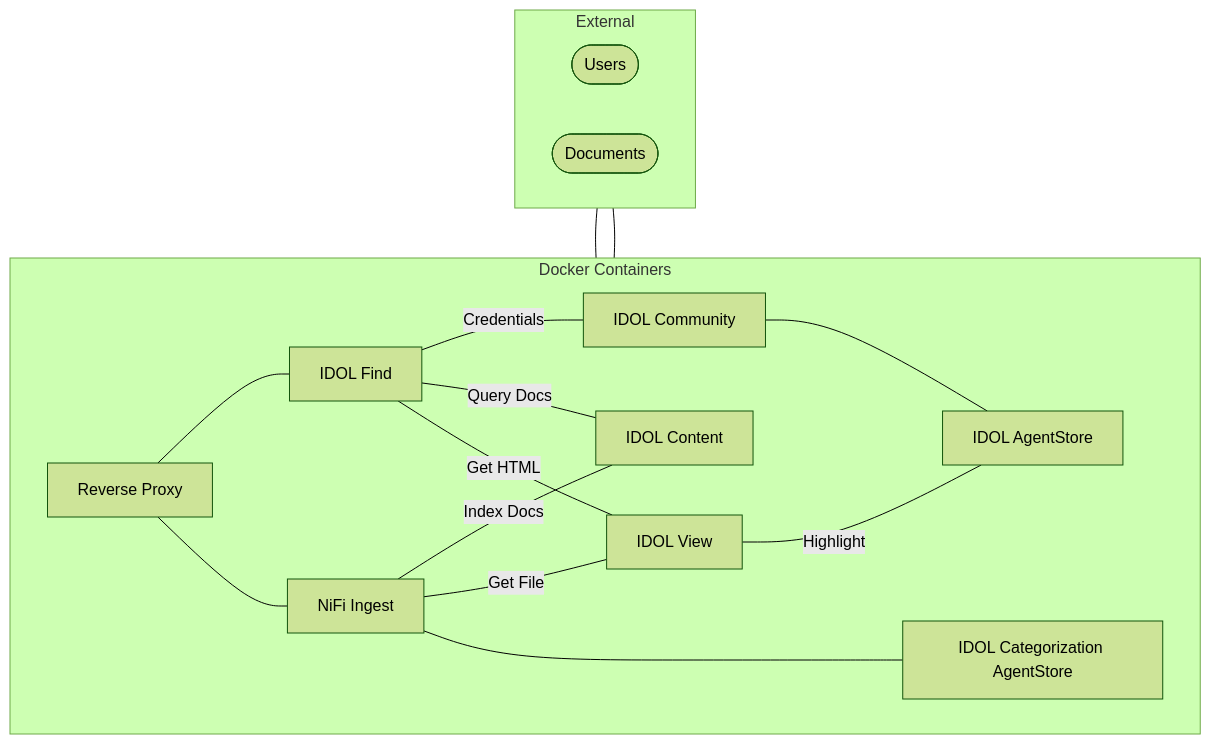
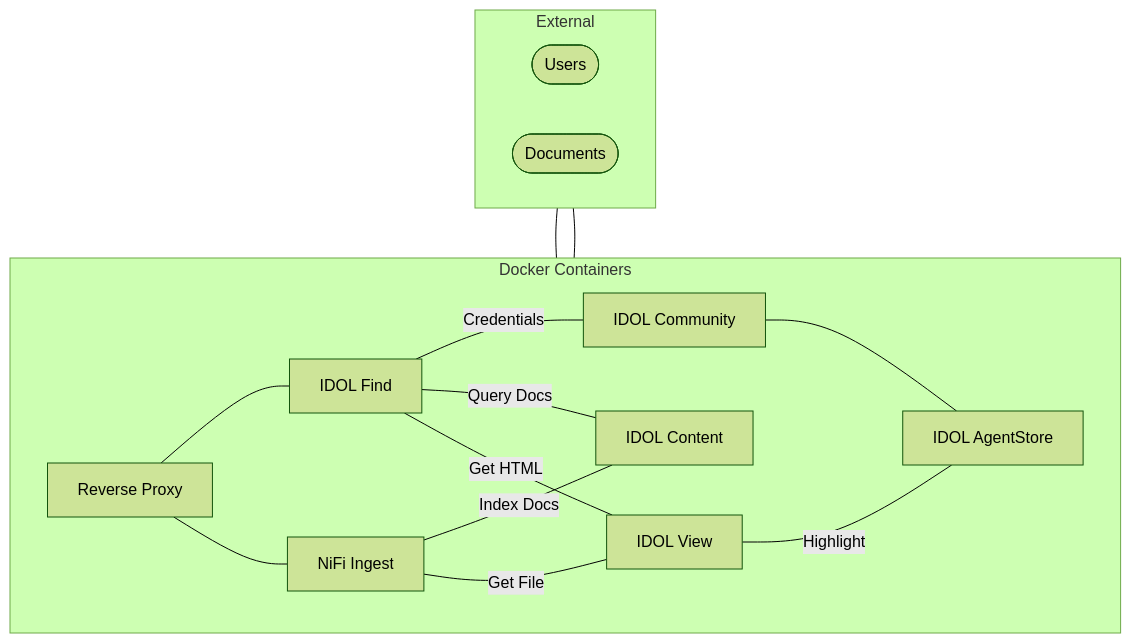
The diagram in tutorials/introduction/containers/PART_II.md (opentext-idol/idol-tutorials), drawn with Mermaid (forest theme) before and after one commit. The commit also changed other lines of this file and 49 other files, not shown here.

````diff
--- a/tutorials/introduction/containers/PART_II.md
+++ b/tutorials/introduction/containers/PART_II.md
@@ -74,32 +71,30 @@
 ```mermaid
 flowchart TB
 
   subgraph external[External]
     direction LR
     users([Users])
     files([Documents])
   end
 
   subgraph internal[Docker Containers]
     direction LR
     ingest[NiFi Ingest]
     dre[IDOL Content]
     view[IDOL View]
     find[IDOL Find]
     comm[IDOL Community]
-    agent1[IDOL AgentStore]
-    agent2[IDOL Categorization AgentStore]
+    agent[IDOL AgentStore]
     proxy[Reverse Proxy]
   end
 
   files --- ingest
   users --- proxy --- find
   proxy --- ingest
   ingest -- Index Docs--- dre 
-  find -- Credentials --- comm --- agent1
+  find -- Credentials --- comm --- agent
   find -- Query Docs --- dre
   ingest -- Get File --- view
   find -- Get HTML --- view
-  view -- Highlight --- agent1
-  ingest ---- agent2
+  view -- Highlight --- agent
 ```
````
